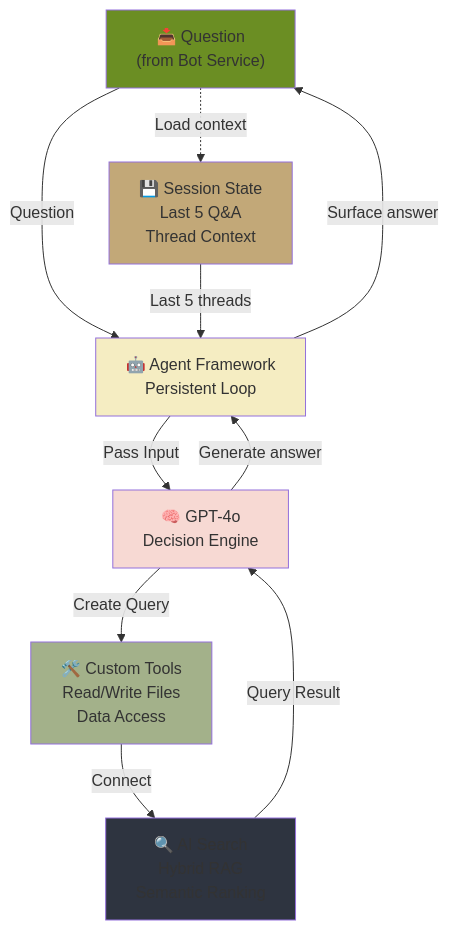
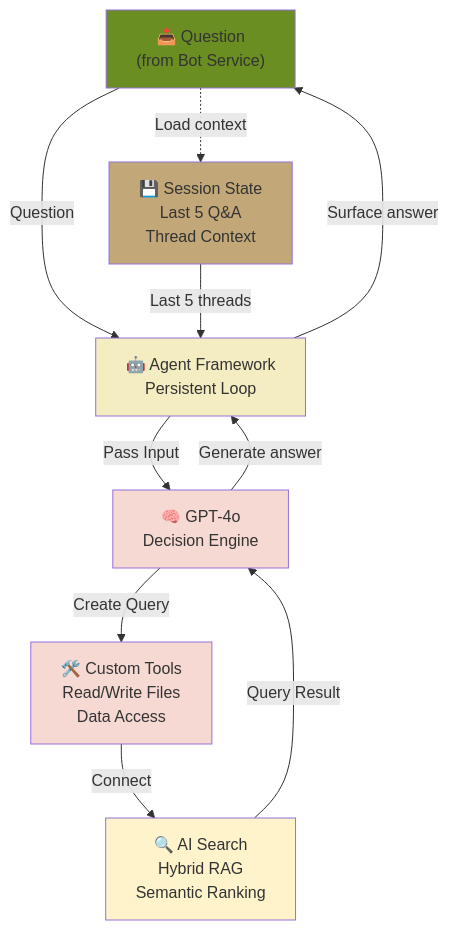
The second of 3 diagrams in README.md (gabycb/rag-sample-copy), drawn with Mermaid before and after one commit.

Commit message:
Update styles for Tools and Search in README

````diff
--- a/README.md
+++ b/README.md
@@ -74,33 +74,33 @@
 ```mermaid
 graph TB
     Input["📥 Question<br/>(from Bot Service)"]
     
     SessionMgr["💾 Session State<br/>Last 5 Q&A<br/>Thread Context"]
     
     Agent["🤖 Agent Framework<br/>Persistent Loop"]
     
     LLM["🧠 GPT-4o<br/>Decision Engine"]
     
     Tools["🛠️ Custom Tools<br/>Read/Write Files<br/>Data Access"]
     
     Search["🔍 AI Search<br/>Hybrid RAG<br/>Semantic Ranking"]
         
     Input -->|Question| Agent
     Input -.->|Load context| SessionMgr
     SessionMgr -->|Last 5 threads| Agent
     
     Agent -->|Pass Input| LLM
     LLM -->|Create Query| Tools
     Tools -->|Connect| Search
     Search -->|Query Result| LLM
     
     LLM -->|Generate answer| Agent
     Agent -->|Surface answer| Input
     
     style Input fill:#6B8E23
     style Agent fill:#F5EDC2
     style LLM fill:#F7D9D3
     style SessionMgr fill:#C2A878
-    style Tools fill:#A3B18A
-    style Search fill:#2E3440
+    style Tools fill:#F7D9D3
+    style Search fill:#FFF3CC
 ```
````
